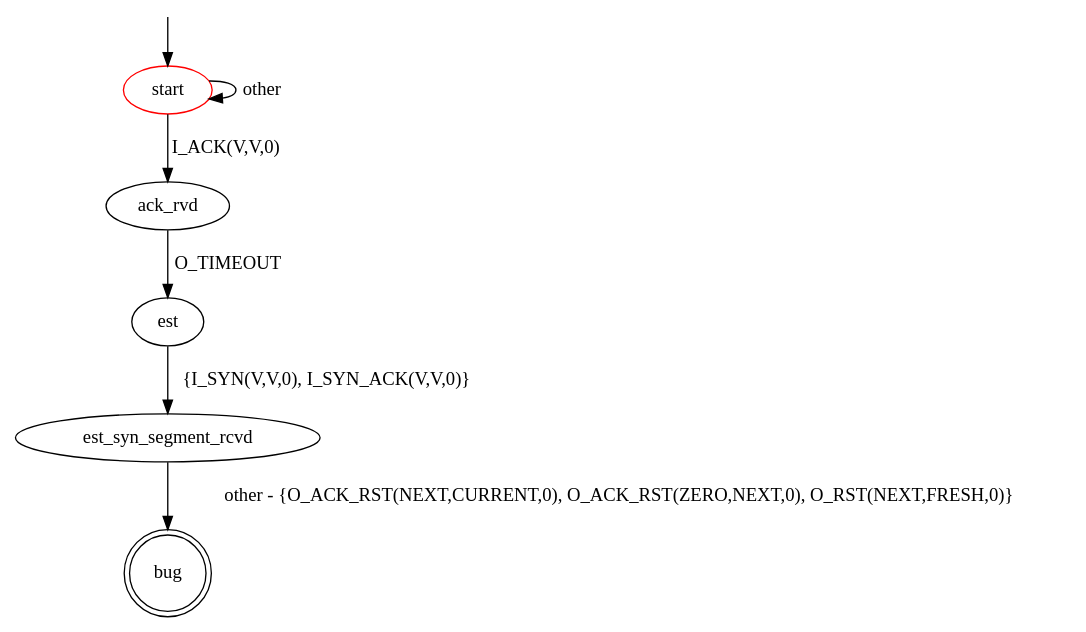
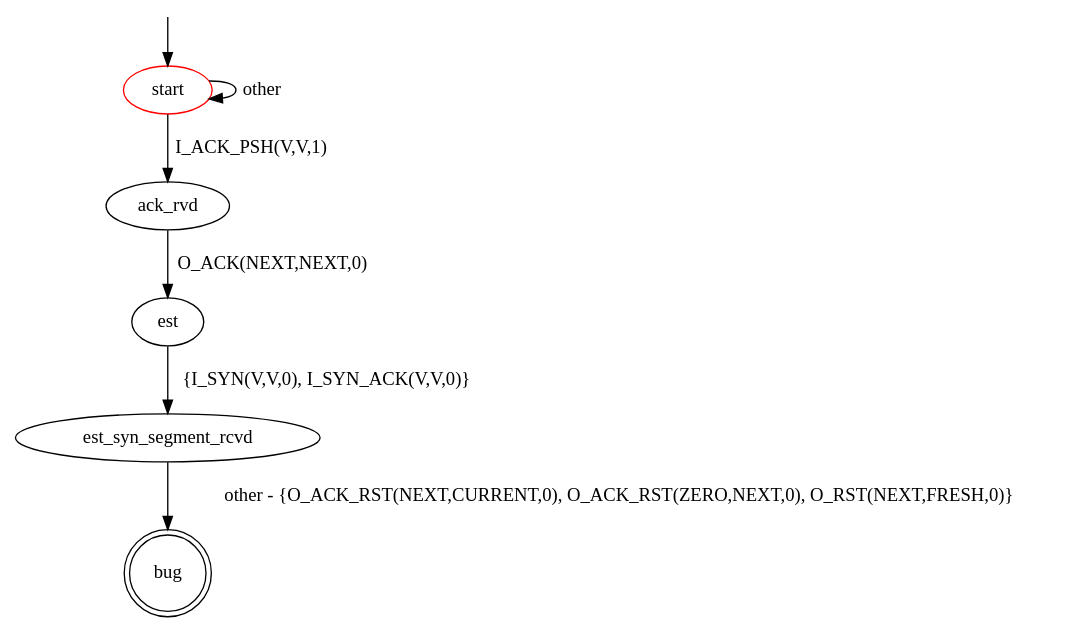
The diagram in src/main/resources/patterns/tcp/server/invalid_response_to_synack_established.dot (assist-project/state-machine-bug-finder), drawn with Graphviz before and after one commit.

Commit message:
fix client-side established state bug pattern

```diff
--- a/src/main/resources/patterns/tcp/server/invalid_response_to_synack_established.dot
+++ b/src/main/resources/patterns/tcp/server/invalid_response_to_synack_established.dot
@@ -1,19 +1,19 @@
 digraph G {
 label=""
 start [color="red"]
 bug [shape="doublecircle"]
 
 start -> start [label="other"]
 
-start -> ack_rvd [label="I_ACK(V,V,0)"]
+start -> ack_rvd [label="I_ACK_PSH(V,V,1)"]
 
-ack_rvd -> est [label = "O_TIMEOUT"]
+ack_rvd -> est [label = "O_ACK(NEXT,NEXT,0)"]
 
 est -> est_syn_segment_rcvd [label="{I_SYN(V,V,0), I_SYN_ACK(V,V,0)}"]
 
 // could be improved so that it also captures exchanges after which the SUT remains in state ESTABLISHED
 est_syn_segment_rcvd -> bug [label="other - {O_ACK_RST(NEXT,CURRENT,0), O_ACK_RST(ZERO,NEXT,0), O_RST(NEXT,FRESH,0)}"]
 
 __start0 [label="" shape="none" width="0" height="0"];
 __start0 -> start;
 }
```
